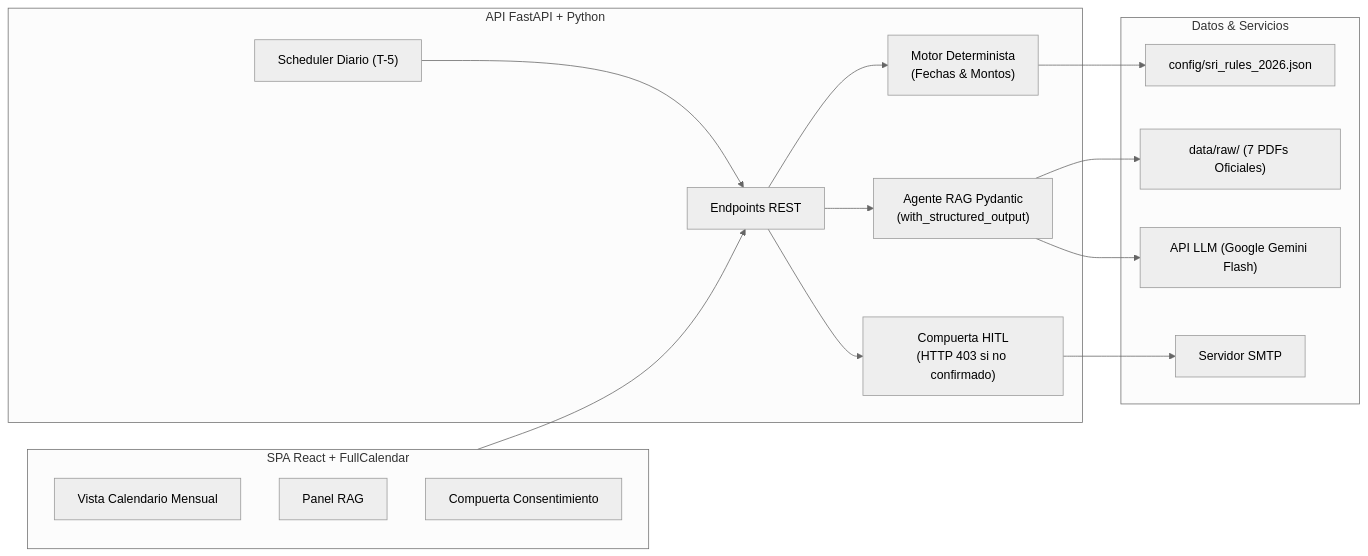
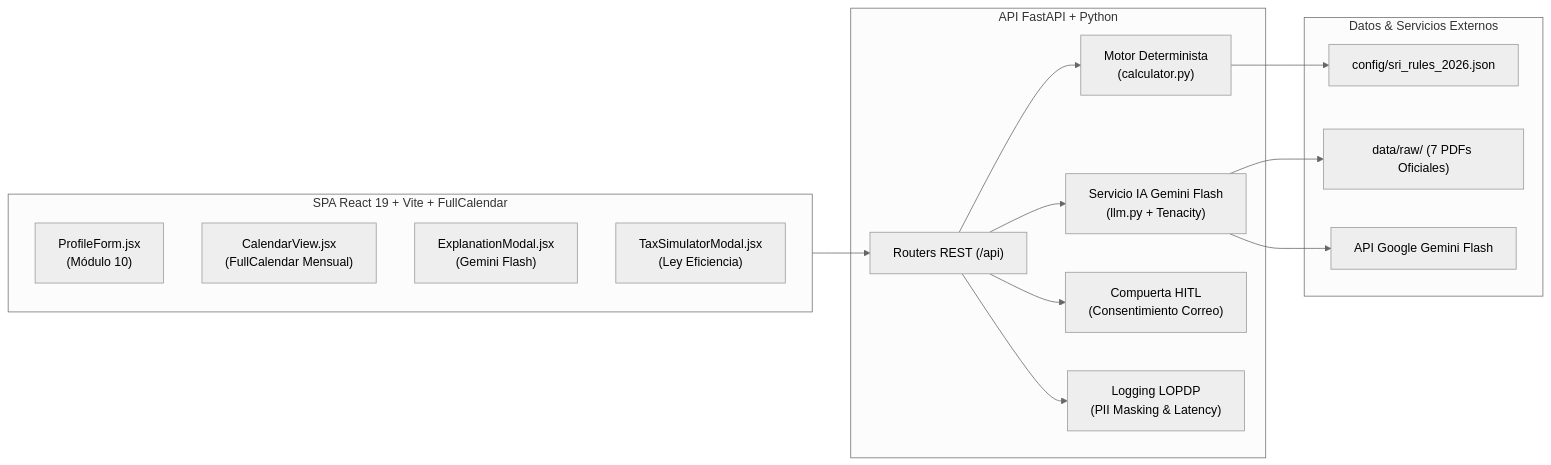
The diagram in README.md (CristhianPinos/CalendarioTributarioRIMPE), drawn with Mermaid (neutral theme) before and after one commit. The commit also changed other lines of this file and 34 other files, not shown here.

Commit message:
feat(backend): motor determinista SRI, Gemini Flash, Pydantic v2 y 120 tests automatizados

````diff
--- a/README.md
+++ b/README.md
@@ -38,33 +40,32 @@
 ```mermaid
 flowchart LR
-    subgraph Frontend["SPA React + FullCalendar"]
-        UI_Cal["Vista Calendario Mensual"]
-        UI_Panel["Panel RAG"]
-        UI_HITL["Compuerta Consentimiento"]
+    subgraph Frontend["SPA React 19 + Vite + FullCalendar"]
+        UI_Form["ProfileForm.jsx<br>(Módulo 10)"]
+        UI_Cal["CalendarView.jsx<br>(FullCalendar Mensual)"]
+        UI_Modal["ExplanationModal.jsx<br>(Gemini Flash)"]
+        UI_Sim["TaxSimulatorModal.jsx<br>(Ley Eficiencia)"]
     end
 
     subgraph Backend["API FastAPI + Python"]
-        API["Endpoints REST"]
-        DetEngine["Motor Determinista<br>(Fechas & Montos)"]
-        RAGAgent["Agente RAG Pydantic<br>(with_structured_output)"]
-        Gatekeeper["Compuerta HITL<br>(HTTP 403 si no confirmado)"]
-        CronJob["Scheduler Diario (T-5)"]
+        API["Routers REST (/api)"]
+        DetEngine["Motor Determinista<br>(calculator.py)"]
+        RAGAgent["Servicio IA Gemini Flash<br>(llm.py + Tenacity)"]
+        Gatekeeper["Compuerta HITL<br>(Consentimiento Correo)"]
+        Middleware["Logging LOPDP<br>(PII Masking & Latency)"]
     end
 
-    subgraph Datos["Datos & Servicios"]
+    subgraph Datos["Datos & Servicios Externos"]
         SRI_JSON["config/sri_rules_2026.json"]
         PDFs["data/raw/ (7 PDFs Oficiales)"]
-        LLM["API LLM (Google Gemini Flash)"]
-        Mail["Servidor SMTP"]
+        LLM["API Google Gemini Flash"]
     end
 
     Frontend --> API
+    API --> Middleware
     API --> DetEngine
     DetEngine --> SRI_JSON
     API --> RAGAgent
     RAGAgent --> PDFs
     RAGAgent --> LLM
     API --> Gatekeeper
-    Gatekeeper --> Mail
-    CronJob --> API
 ```
````
